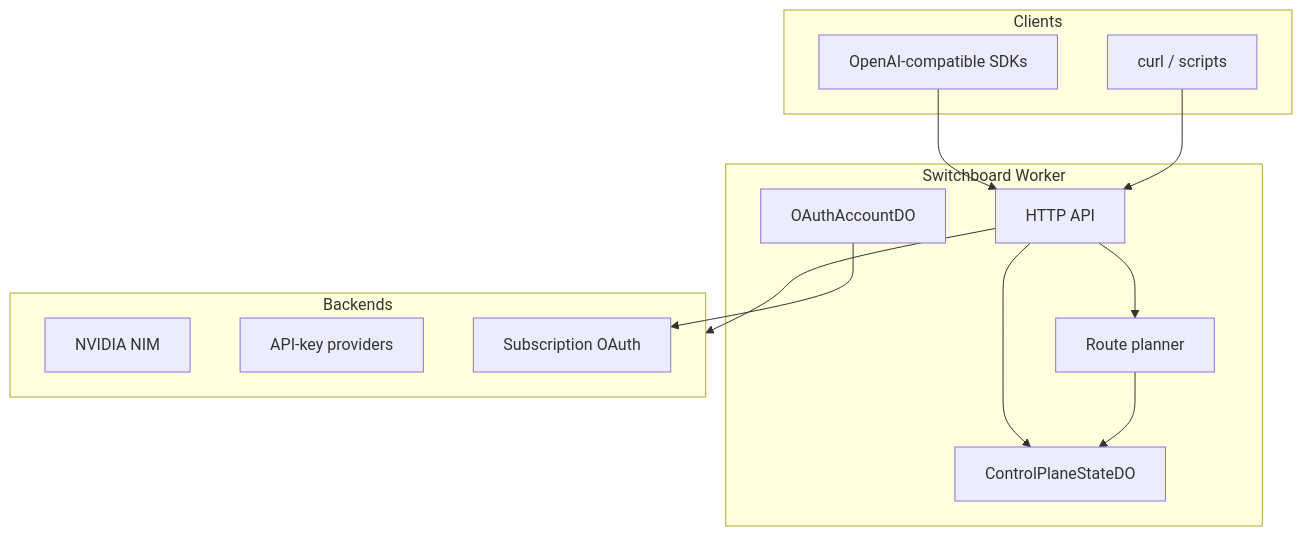
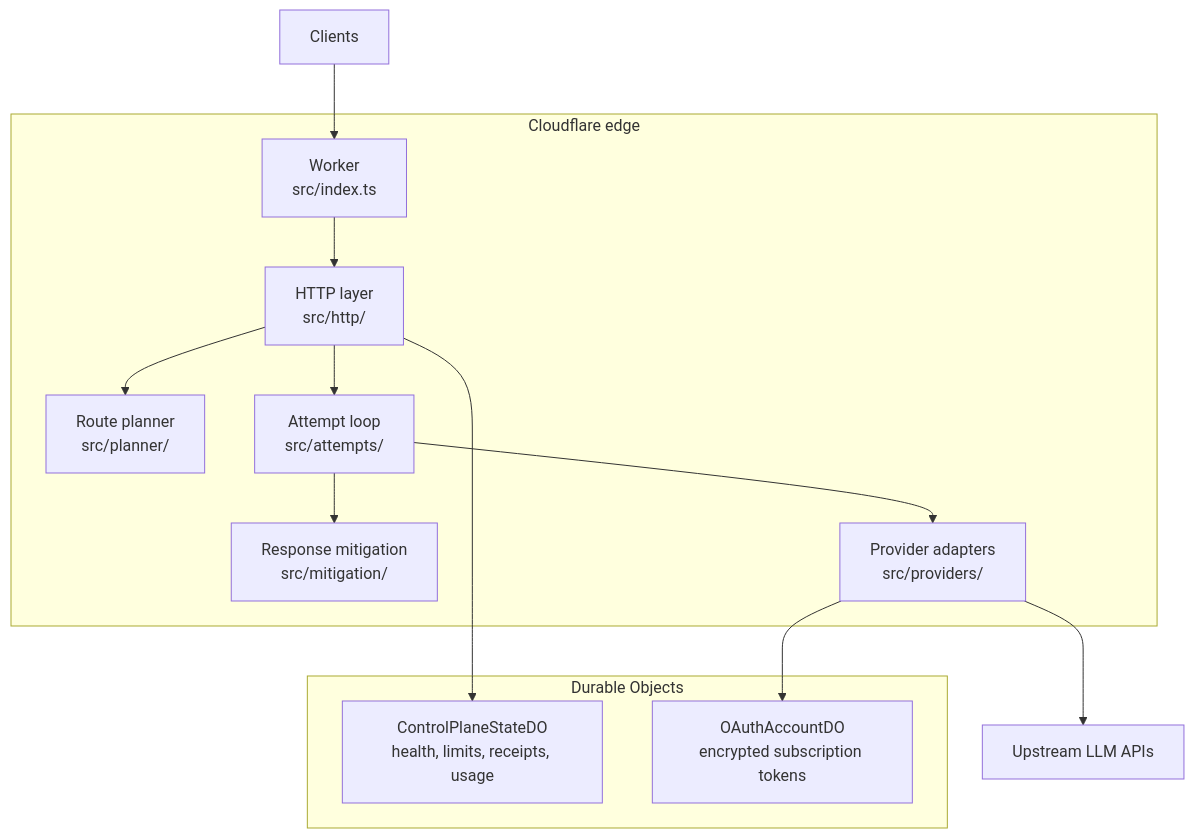
The second of 4 diagrams in README.md (jroth1111/switchboard), drawn with Mermaid before and after one commit. The commit also changed other lines of this file and 11 other files, not shown here.

````diff
--- a/README.md
+++ b/README.md
@@ -44,25 +91,26 @@
 ```mermaid
 flowchart TB
-  subgraph clients [Clients]
-    SDK["OpenAI-compatible SDKs"]
-    Curl["curl / scripts"]
+  subgraph edge [Cloudflare edge]
+    Worker["Worker\nsrc/index.ts"]
+    Handler["HTTP layer\nsrc/http/"]
+    Planner["Route planner\nsrc/planner/"]
+    Loop["Attempt loop\nsrc/attempts/"]
+    Mitigate["Response mitigation\nsrc/mitigation/"]
+    Adapters["Provider adapters\nsrc/providers/"]
   end
-  subgraph switchboard [Switchboard Worker]
-    API["HTTP API"]
-    Planner["Route planner"]
-    State["ControlPlaneStateDO"]
-    OAuth["OAuthAccountDO"]
+
+  subgraph state [Durable Objects]
+    CP["ControlPlaneStateDO\nhealth, limits, receipts, usage"]
+    OAuth["OAuthAccountDO\nencrypted subscription tokens"]
   end
-  subgraph backends [Backends]
-    NIM["NVIDIA NIM"]
-    APIKeys["API-key providers"]
-    Sub["Subscription OAuth"]
-  end
-  SDK --> API
-  Curl --> API
-  API --> Planner
-  API --> State
-  Planner --> State
-  API --> backends
-  OAuth --> Sub
+
+  Client["Clients"] --> Worker
+  Worker --> Handler
+  Handler --> Planner
+  Handler --> Loop
+  Loop --> Adapters
+  Loop --> Mitigate
+  Handler --> CP
+  Adapters --> OAuth
+  Adapters --> Upstream["Upstream LLM APIs"]
 ```
````
